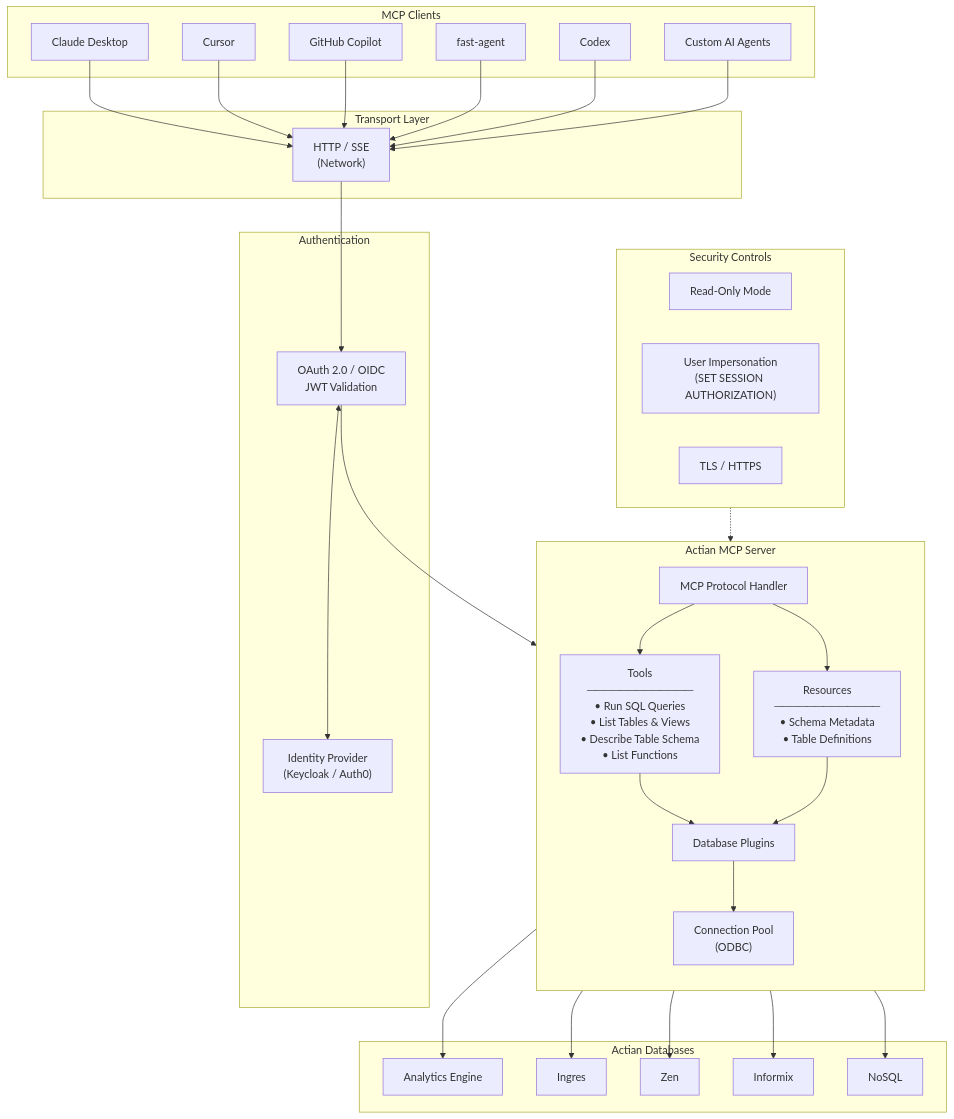
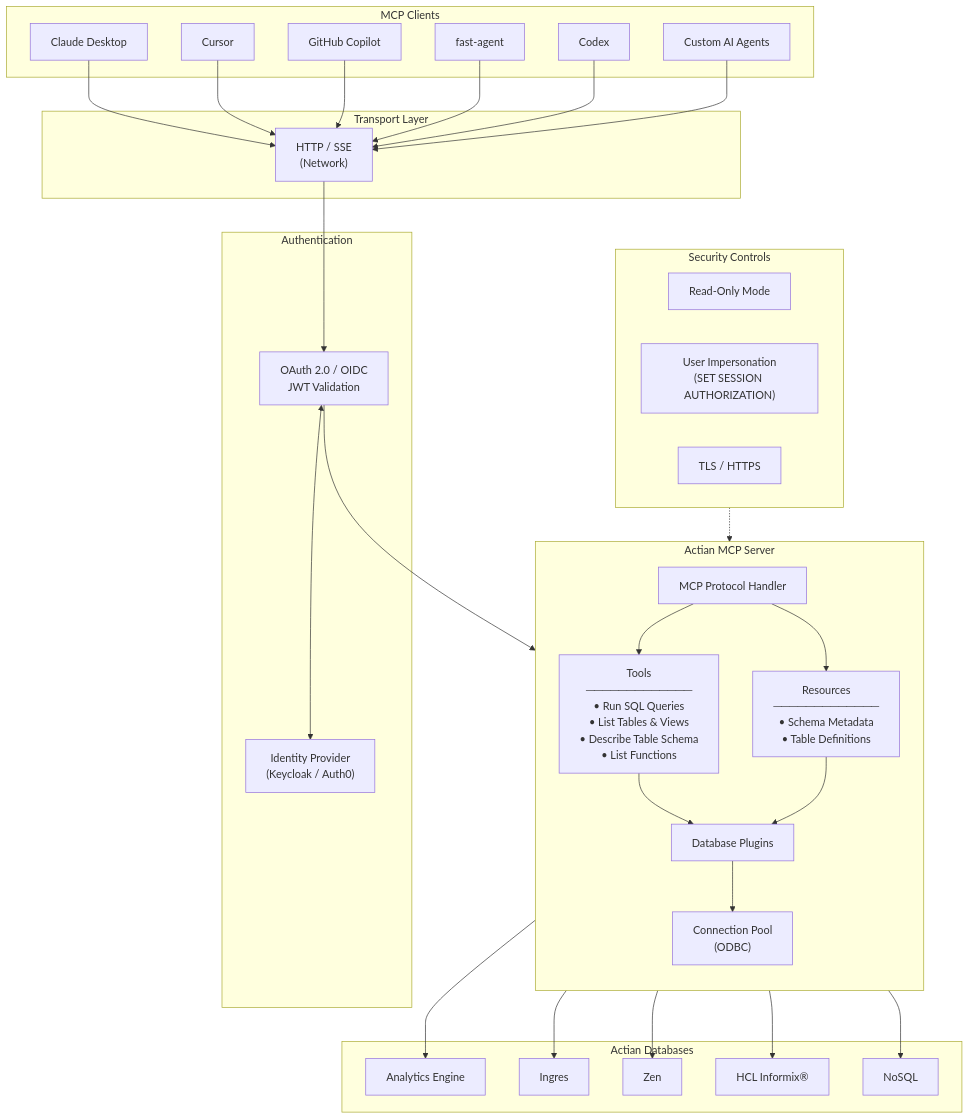
One commit to ActianCorp/mcp-server-docs changed the first of 2 diagrams in docs/intro/index.md. Above: the diagram before and after it, drawn with Mermaid. The commit also changed other lines of this file and 28 other files, not shown here.

````diff
--- a/docs/intro/index.md
+++ b/docs/intro/index.md
@@ -36,70 +33,70 @@
 ```mermaid
 flowchart TB
     subgraph Clients["MCP Clients"]
         claude["Claude Desktop"]
         cursor["Cursor"]
         copilot["GitHub Copilot"]
         fastagent["fast-agent"]
         codex["Codex"]
         custom["Custom AI Agents"]
     end
 
     subgraph Transport["Transport Layer"]
         http["HTTP / SSE
 (Network)"]
     end
 
     subgraph Auth["Authentication"]
         idp["Identity Provider
 (Keycloak / Auth0)"]
         oauth["OAuth 2.0 / OIDC
 JWT Validation"]
     end
 
     subgraph MCP["Actian MCP Server"]
         direction TB
         core["MCP Protocol Handler"]
         tools["Tools
 ─────────────
 • Run SQL Queries
 • List Tables & Views
 • Describe Table Schema
 • List Functions"]
         resources["Resources
 ─────────────
 • Schema Metadata
 • Table Definitions"]
         plugins["Database Plugins"]
         pool["Connection Pool
 (ODBC)"]
     end
 
     subgraph Databases["Actian Databases"]
         ae["Analytics Engine"]
         ingres["Ingres"]
         zen["Zen"]
-        informix["Informix"]
+        informix["HCL Informix®"]
         nosql["NoSQL"]
     end
 
     subgraph Security["Security Controls"]
         readonly["Read-Only Mode"]
         impersonation["User Impersonation
 (SET SESSION AUTHORIZATION)"]
         tls["TLS / HTTPS"]
     end
 
     claude & cursor & copilot & fastagent & codex & custom --> http
 
     http --> oauth
     oauth <--> idp
     oauth --> core
 
     core --> tools & resources
     tools & resources --> plugins
     plugins --> pool
 
     pool --> ae & ingres & zen & informix & nosql
 
     Security -.-> MCP
 ```
````
